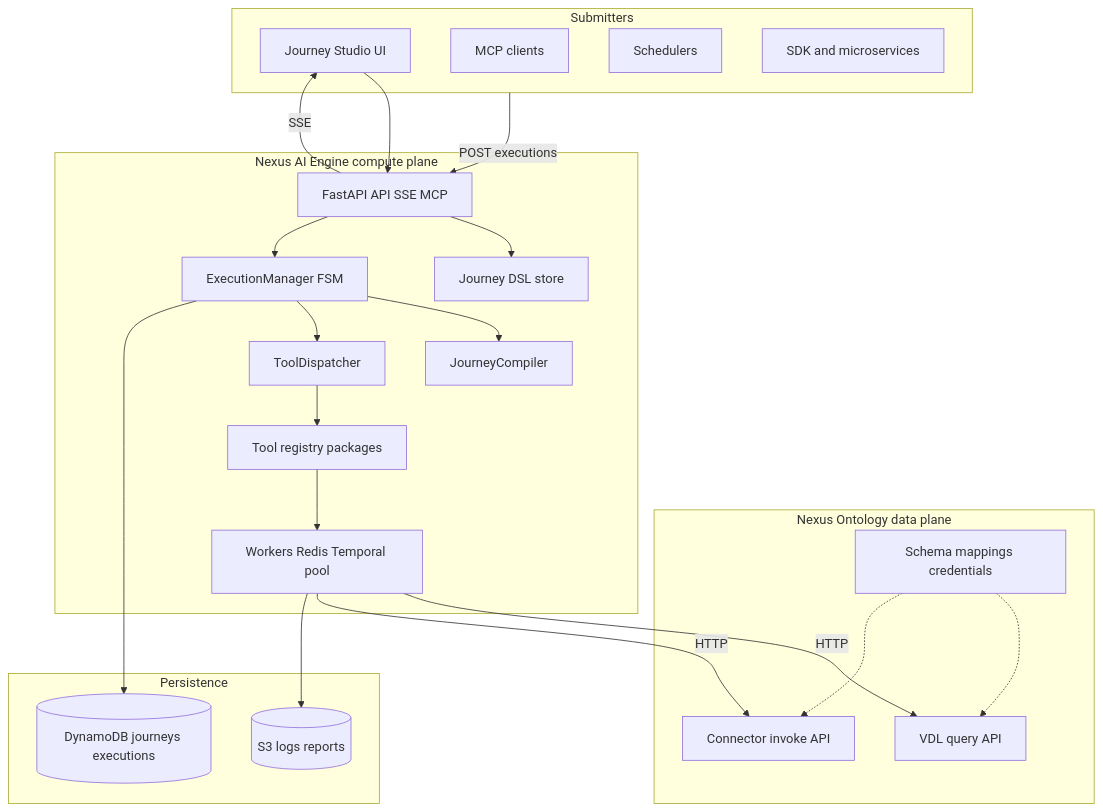
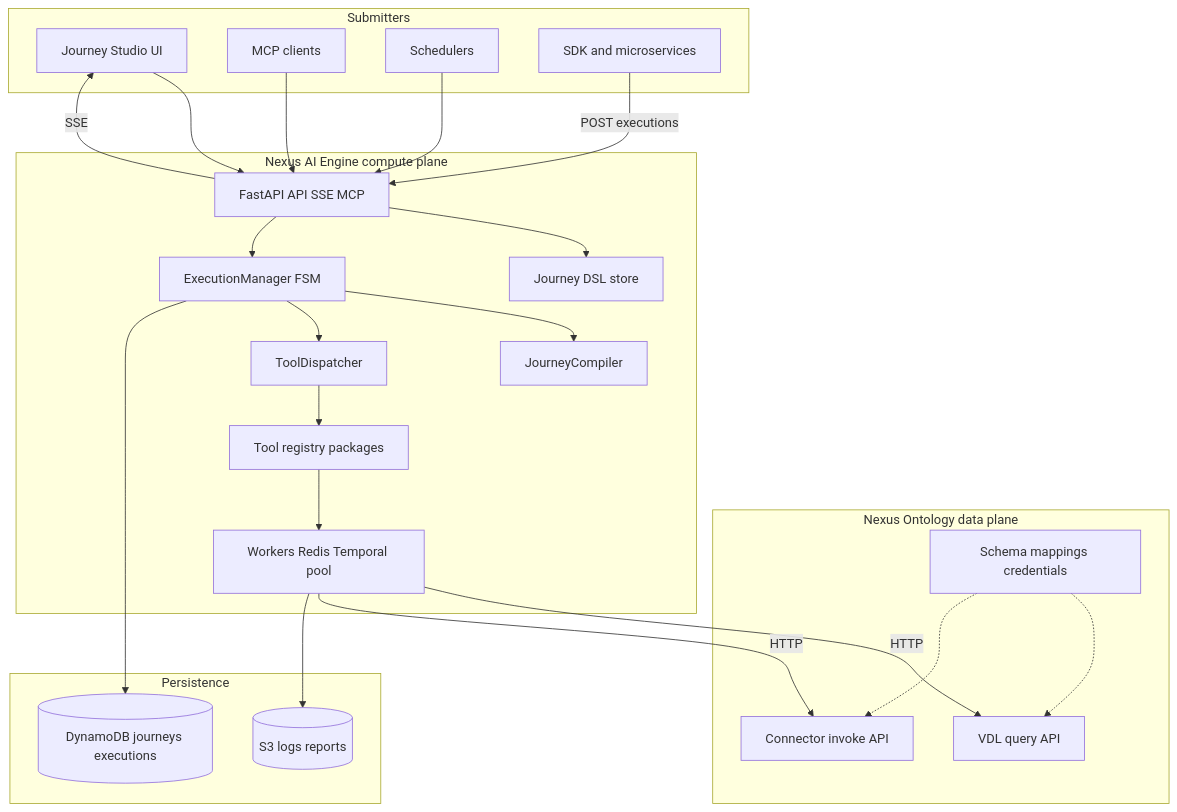
Before and after one commit to nexusdataai/nexus-ai-engine: the diagram in README.md, drawn with Mermaid. The commit also changed other lines of this file, not shown here.

Commit message:
Fix README architecture diagram rendering.
Add ASCII topology for all viewers; correct Mermaid edges and node IDs so GitHub and compatible renderers parse the flowchart.

````diff
--- a/README.md
+++ b/README.md
@@ -148,46 +175,48 @@
 ```mermaid
 flowchart TB
   subgraph submitters [Submitters]
-    UI[Journey Studio UI]
-    MCP[MCP clients]
-    Sched[Schedulers]
-    SDK[SDK and microservices]
+    journeyUi[Journey Studio UI]
+    mcpClients[MCP clients]
+    schedulers[Schedulers]
+    sdkClients[SDK and microservices]
   end
 
-  subgraph ontology [Nexus Ontology data plane]
-    VDL[VDL query API]
-    Conn[Connector invoke API]
-    Schema[Schema mappings credentials]
+  subgraph ontologyPlane [Nexus Ontology data plane]
+    vdlApi[VDL query API]
+    connectorApi[Connector invoke API]
+    schemaLayer[Schema mappings credentials]
   end
 
-  subgraph engine [Nexus AI Engine compute plane]
-    API[FastAPI API SSE MCP]
-    Store[Journey DSL store]
-    Compiler[JourneyCompiler]
-    EM[ExecutionManager FSM]
-    Dispatch[ToolDispatcher]
-    Workers[Workers Redis Temporal pool]
-    Registry[Tool registry packages]
+  subgraph computePlane [Nexus AI Engine compute plane]
+    fastApi[FastAPI API SSE MCP]
+    dslStore[Journey DSL store]
+    compiler[JourneyCompiler]
+    execMgr[ExecutionManager FSM]
+    toolDispatch[ToolDispatcher]
+    workerPool[Workers Redis Temporal pool]
+    toolRegistry[Tool registry packages]
   end
 
-  subgraph data [Persistence]
-    DDB[(DynamoDB journeys executions)]
-    S3[(S3 logs reports)]
+  subgraph persistence [Persistence]
+    dynamoDb[("DynamoDB journeys executions")]
+    s3Bucket[("S3 logs reports")]
   end
 
-  submitters -->|POST executions| API
-  UI --> API
-  API --> Store
-  API --> EM
-  EM --> Compiler
-  EM --> Dispatch
-  Dispatch --> Registry
-  Registry --> Workers
-  Workers -->|HTTP| VDL
-  Workers -->|HTTP| Conn
-  EM --> DDB
-  Workers --> S3
-  API -->|SSE| UI
-  Schema -.-> VDL
-  Schema -.-> Conn
+  sdkClients -->|POST executions| fastApi
+  mcpClients --> fastApi
+  schedulers --> fastApi
+  journeyUi --> fastApi
+  fastApi --> dslStore
+  fastApi --> execMgr
+  execMgr --> compiler
+  execMgr --> toolDispatch
+  toolDispatch --> toolRegistry
+  toolRegistry --> workerPool
+  workerPool -->|HTTP| vdlApi
+  workerPool -->|HTTP| connectorApi
+  execMgr --> dynamoDb
+  workerPool --> s3Bucket
+  fastApi -->|SSE| journeyUi
+  schemaLayer -.-> vdlApi
+  schemaLayer -.-> connectorApi
 ```
````
